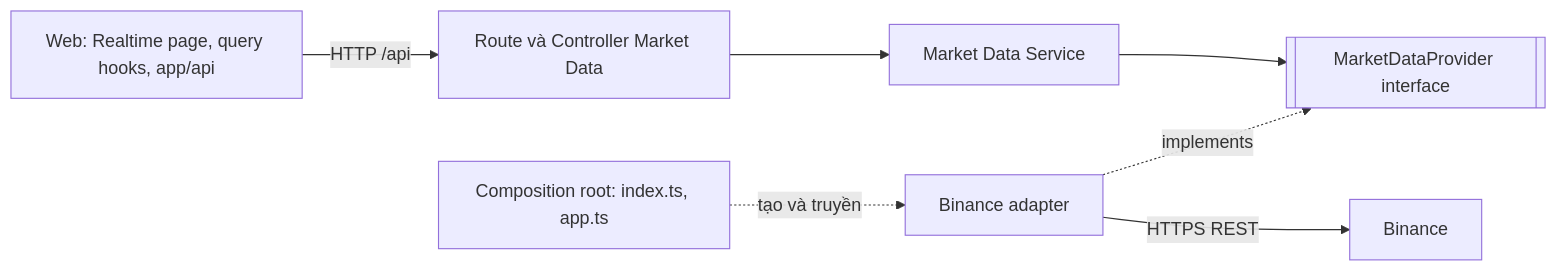
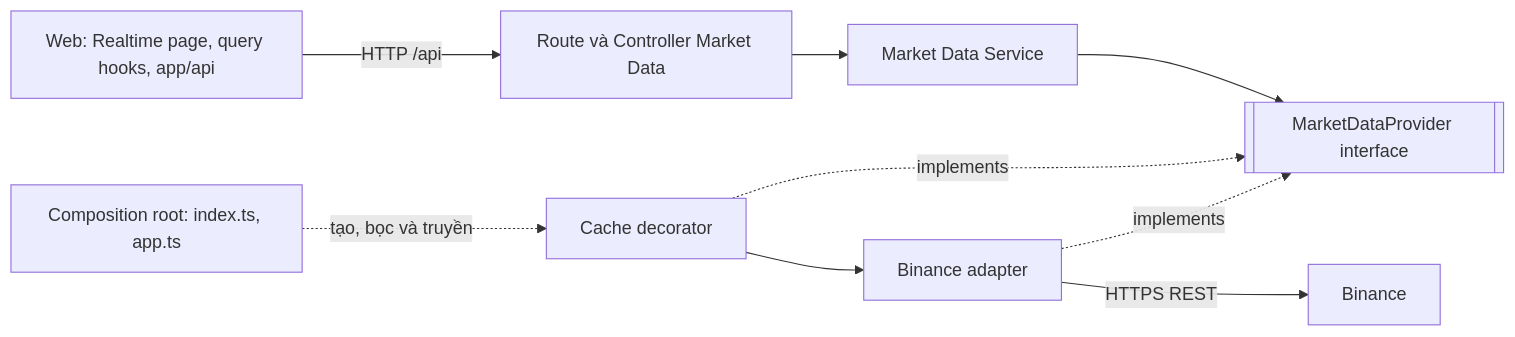
One commit to BuhDuy256/crypto-force changed the first of 3 diagrams in docs/architecture/10-market-data.md. Above: the diagram before and after it, drawn with Mermaid. The commit also changed other lines of this file and 7 other files, not shown here.

````diff
--- a/docs/architecture/10-market-data.md
+++ b/docs/architecture/10-market-data.md
@@ -31,9 +32,11 @@
 ```mermaid
 flowchart LR
     W[Web: Realtime page, query hooks, app/api] -- HTTP /api --> R[Route và Controller Market Data]
     R --> S[Market Data Service]
     S --> I[[MarketDataProvider interface]]
+    K[Cache decorator] -. implements .-> I
+    K --> B
     B[Binance adapter] -. implements .-> I
     B -- HTTPS REST --> X[Binance]
-    C[Composition root: index.ts, app.ts] -. tạo và truyền .-> B
+    C[Composition root: index.ts, app.ts] -. tạo, bọc và truyền .-> K
 ```
````
